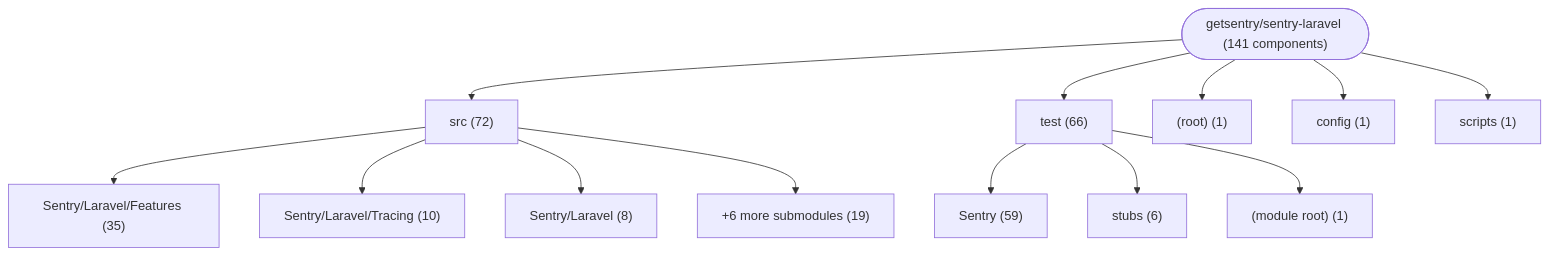
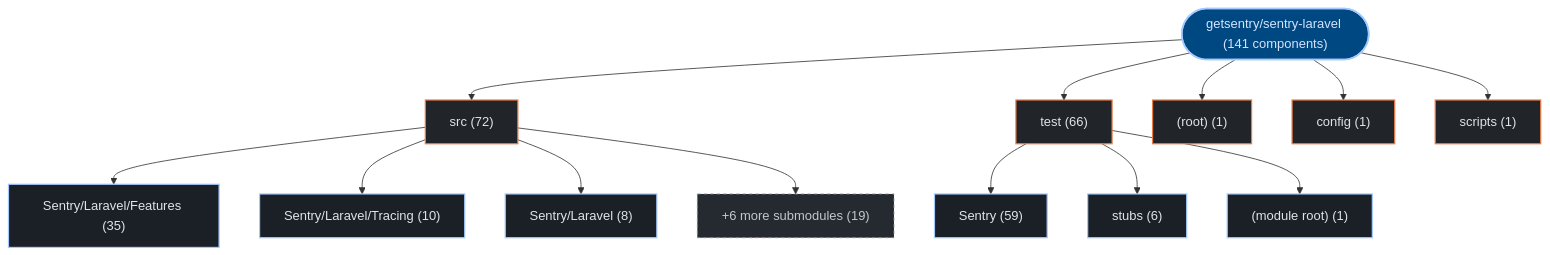
Before and after one commit to kumarshaz/atruss-code-atlas: the first of 3 diagrams in exports/latest/reports/getsentry-sentry-laravel-report.md, drawn with Mermaid. The commit also changed other lines of this file and 331 other files, not shown here.

Commit message:
docs,ui,fix: update SDLC docs, reorder CI/CD DAG first, stylize Mermaid, and fix Arc42 pipeline topology

````diff
--- a/exports/latest/reports/getsentry-sentry-laravel-report.md
+++ b/exports/latest/reports/getsentry-sentry-laravel-report.md
@@ -42,28 +42,35 @@
 ```mermaid
 graph TD;
-    repo_root(["getsentry/sentry-laravel (141 components)"])
-    dir_0_src["src (72)"]
+  classDef atlasRoot fill:#004882,stroke:#a3c9ff,stroke-width:2px,color:#d3e4ff
+  classDef atlasCategory fill:#212428,stroke:#E87A48,stroke-width:1.5px,color:#dfe3eb
+  classDef atlasWorkflow fill:#1b2026,stroke:#a3c9ff,stroke-width:1.5px,color:#dfe3eb
+  classDef atlasJob fill:#171c22,stroke:#8d9199,stroke-width:1px,color:#dfe3eb
+  classDef atlasTarget fill:#005227,stroke:#8bd99b,stroke-width:1.5px,color:#a7f6b6
+  classDef atlasAlert fill:#93000a,stroke:#ffb4ab,stroke-width:1.5px,color:#ffdad6
+  classDef atlasMore fill:#252a31,stroke:#8d9199,stroke-dasharray:4 4,color:#c3c6cf
+    repo_root(["getsentry/sentry-laravel (141 components)"]):::atlasRoot
+    dir_0_src["src (72)"]:::atlasCategory
     repo_root --> dir_0_src
-    sub_0_0_Sentry_Laravel_Features["Sentry/Laravel/Features (35)"]
+    sub_0_0_Sentry_Laravel_Features["Sentry/Laravel/Features (35)"]:::atlasWorkflow
     dir_0_src --> sub_0_0_Sentry_Laravel_Features
-    sub_0_1_Sentry_Laravel_Tracing["Sentry/Laravel/Tracing (10)"]
+    sub_0_1_Sentry_Laravel_Tracing["Sentry/Laravel/Tracing (10)"]:::atlasWorkflow
     dir_0_src --> sub_0_1_Sentry_Laravel_Tracing
-    sub_0_2_Sentry_Laravel["Sentry/Laravel (8)"]
+    sub_0_2_Sentry_Laravel["Sentry/Laravel (8)"]:::atlasWorkflow
     dir_0_src --> sub_0_2_Sentry_Laravel
-    sub_0_more["+6 more submodules (19)"]
+    sub_0_more["+6 more submodules (19)"]:::atlasMore
     dir_0_src --> sub_0_more
-    dir_1_test["test (66)"]
+    dir_1_test["test (66)"]:::atlasCategory
     repo_root --> dir_1_test
-    sub_1_0_Sentry["Sentry (59)"]
+    sub_1_0_Sentry["Sentry (59)"]:::atlasWorkflow
     dir_1_test --> sub_1_0_Sentry
-    sub_1_1_stubs["stubs (6)"]
+    sub_1_1_stubs["stubs (6)"]:::atlasWorkflow
     dir_1_test --> sub_1_1_stubs
-    sub_1_2__module_root_["(module root) (1)"]
+    sub_1_2__module_root_["(module root) (1)"]:::atlasWorkflow
     dir_1_test --> sub_1_2__module_root_
-    dir_2__root_["(root) (1)"]
+    dir_2__root_["(root) (1)"]:::atlasCategory
     repo_root --> dir_2__root_
-    dir_3_config["config (1)"]
+    dir_3_config["config (1)"]:::atlasCategory
     repo_root --> dir_3_config
-    dir_4_scripts["scripts (1)"]
+    dir_4_scripts["scripts (1)"]:::atlasCategory
     repo_root --> dir_4_scripts
 ```
````
